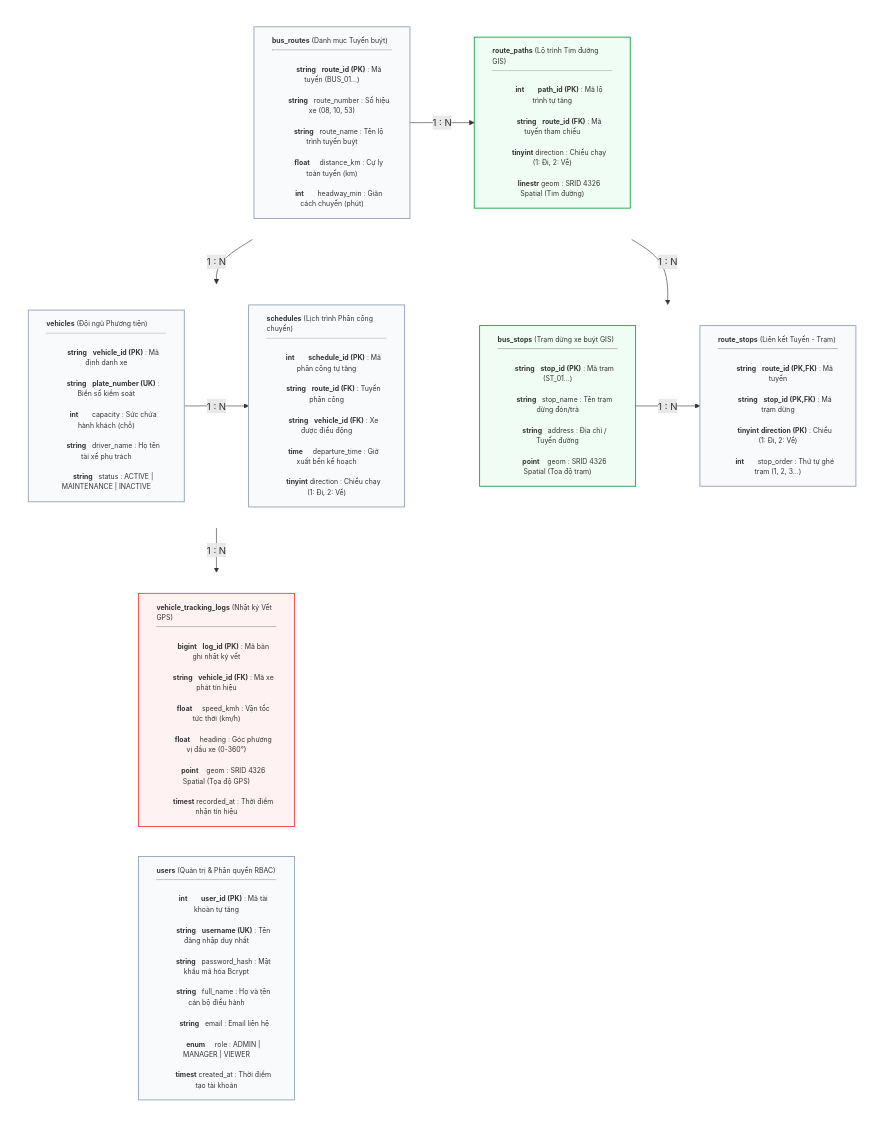
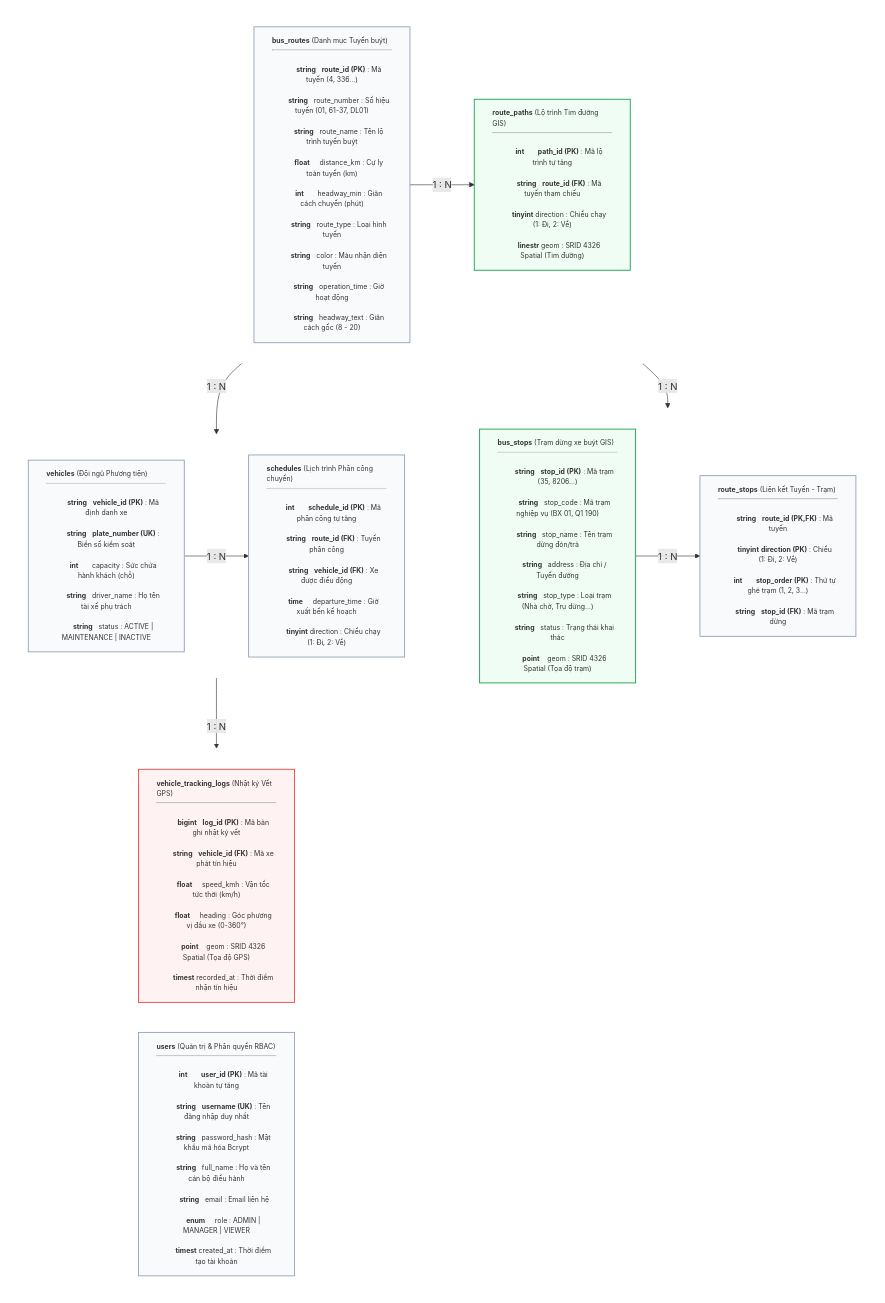
Before and after one commit to tungnguyen8389/bus-gis-tracking: the diagram in docs/DATABASE_SPECIFICATION.md, drawn with Mermaid. The commit also changed other lines of this file and 10 other files, not shown here.

```diff
--- a/docs/DATABASE_SPECIFICATION.md
+++ b/docs/DATABASE_SPECIFICATION.md
@@ -37,11 +60,15 @@
     subgraph ROW1 [" "]
         direction LR
         T_ROUTES["<b>bus_routes</b> (Danh mục Tuyến buýt)<hr/>
-        <b>string</b> &nbsp; <b>route_id (PK)</b> : Mã tuyến (BUS_01...)<br/>
-        <b>string</b> &nbsp; route_number : Số hiệu xe (08, 10, 53)<br/>
+        <b>string</b> &nbsp; <b>route_id (PK)</b> : Mã tuyến (4, 336...)<br/>
+        <b>string</b> &nbsp; route_number : Số hiệu tuyến (01, 61-37, DL01)<br/>
         <b>string</b> &nbsp; route_name : Tên lộ trình tuyến buýt<br/>
         <b>float</b> &nbsp;&nbsp;&nbsp; distance_km : Cự ly toàn tuyến (km)<br/>
-        <b>int</b> &nbsp;&nbsp;&nbsp;&nbsp;&nbsp; headway_min : Giãn cách chuyến (phút)"]:::tblBody
+        <b>int</b> &nbsp;&nbsp;&nbsp;&nbsp;&nbsp; headway_min : Giãn cách chuyến (phút)<br/>
+        <b>string</b> &nbsp; route_type : Loại hình tuyến<br/>
+        <b>string</b> &nbsp; color : Màu nhận diện tuyến<br/>
+        <b>string</b> &nbsp; operation_time : Giờ hoạt động<br/>
+        <b>string</b> &nbsp; headway_text : Giãn cách gốc (8 - 20)"]:::tblBody
 
         T_PATHS["<b>route_paths</b> (Lộ trình Tim đường GIS)<hr/>
         <b>int</b> &nbsp;&nbsp;&nbsp;&nbsp;&nbsp; <b>path_id (PK)</b> : Mã lộ trình tự tăng<br/>
@@ -56,16 +83,19 @@
     subgraph ROW2 [" "]
         direction LR
         T_STOPS["<b>bus_stops</b> (Trạm dừng xe buýt GIS)<hr/>
-        <b>string</b> &nbsp; <b>stop_id (PK)</b> : Mã trạm (ST_01...)<br/>
+        <b>string</b> &nbsp; <b>stop_id (PK)</b> : Mã trạm (35, 8206...)<br/>
+        <b>string</b> &nbsp; stop_code : Mã trạm nghiệp vụ (BX 01, Q1 190)<br/>
         <b>string</b> &nbsp; stop_name : Tên trạm dừng đón/trả<br/>
         <b>string</b> &nbsp; address : Địa chỉ / Tuyến đường<br/>
+        <b>string</b> &nbsp; stop_type : Loại trạm (Nhà chờ, Trụ dừng...)<br/>
+        <b>string</b> &nbsp; status : Trạng thái khai thác<br/>
         <b>point</b> &nbsp;&nbsp; geom : SRID 4326 Spatial (Tọa độ trạm)"]:::tblSpatial
 
         T_ROUTE_STOPS["<b>route_stops</b> (Liên kết Tuyến - Trạm)<hr/>
         <b>string</b> &nbsp; <b>route_id (PK,FK)</b> : Mã tuyến<br/>
-        <b>string</b> &nbsp; <b>stop_id (PK,FK)</b> : Mã trạm dừng<br/>
         <b>tinyint</b> <b>direction (PK)</b> : Chiều (1: Đi, 2: Về)<br/>
-        <b>int</b> &nbsp;&nbsp;&nbsp;&nbsp;&nbsp; stop_order : Thứ tự ghé trạm (1, 2, 3...)"]:::tblBody
+        <b>int</b> &nbsp;&nbsp;&nbsp;&nbsp;&nbsp; <b>stop_order (PK)</b> : Thứ tự ghé trạm (1, 2, 3...)<br/>
+        <b>string</b> &nbsp; <b>stop_id (FK)</b> : Mã trạm dừng"]:::tblBody
     end
 
     %% ==========================================
```
